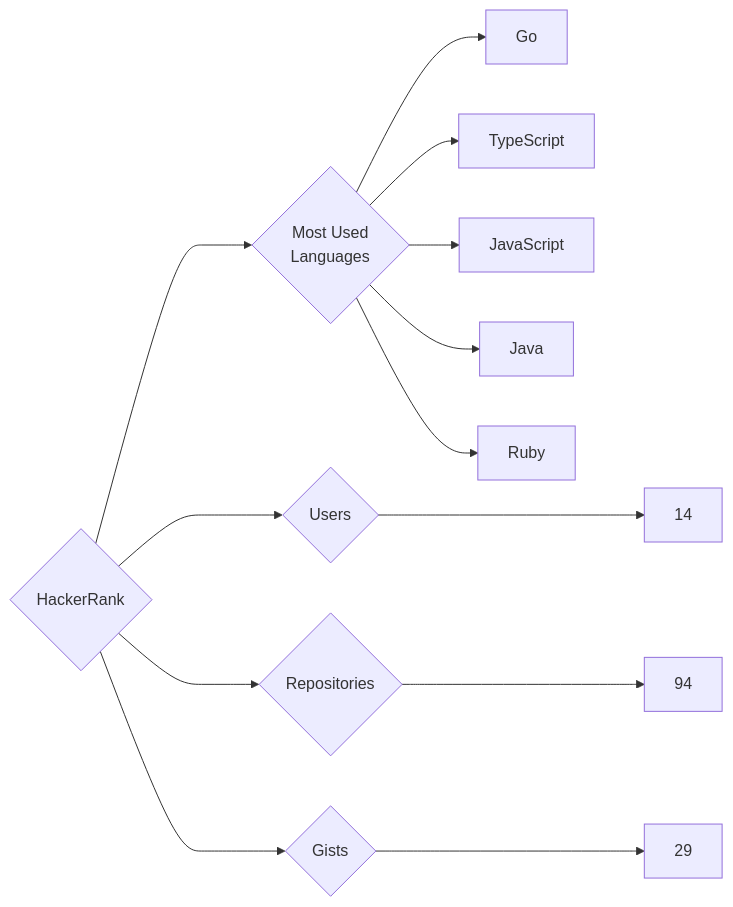
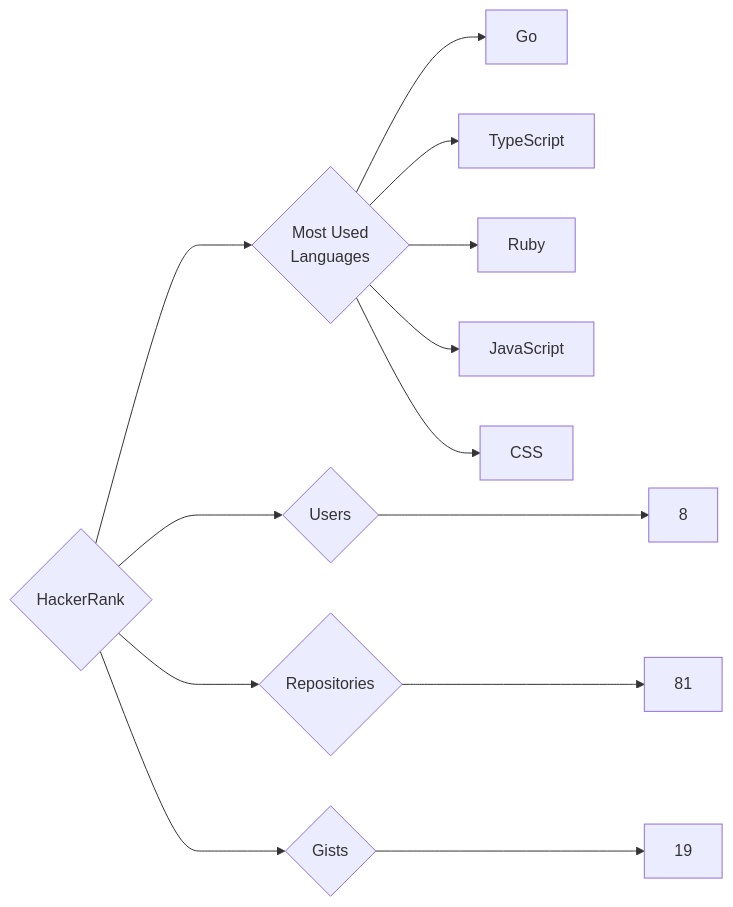
Before and after one commit to trickest/insiders: the diagram in targets/HackerRank/README.md, drawn with Mermaid. The commit also changed 1023 other files, not shown here.

````diff
--- a/targets/HackerRank/README.md
+++ b/targets/HackerRank/README.md
@@ -3,13 +3,13 @@
 ```mermaid
 graph LR
 COMPANY_NAME{HackerRank}
-COMPANY_NAME ---> U{Users} ---> UN[14]
-COMPANY_NAME ---> R{Repositories} ---> RN[94]
-COMPANY_NAME ---> G{Gists} ---> GN[29]
+COMPANY_NAME ---> U{Users} ---> UN[8]
+COMPANY_NAME ---> R{Repositories} ---> RN[81]
+COMPANY_NAME ---> G{Gists} ---> GN[19]
 COMPANY_NAME ---> ML{Most Used<br>Languages}
 ML --> Go[Go]
 ML --> TypeScript[TypeScript]
+ML --> Ruby[Ruby]
 ML --> JavaScript[JavaScript]
-ML --> Java[Java]
-ML --> Ruby[Ruby]
+ML --> CSS[CSS]
 ```
````
